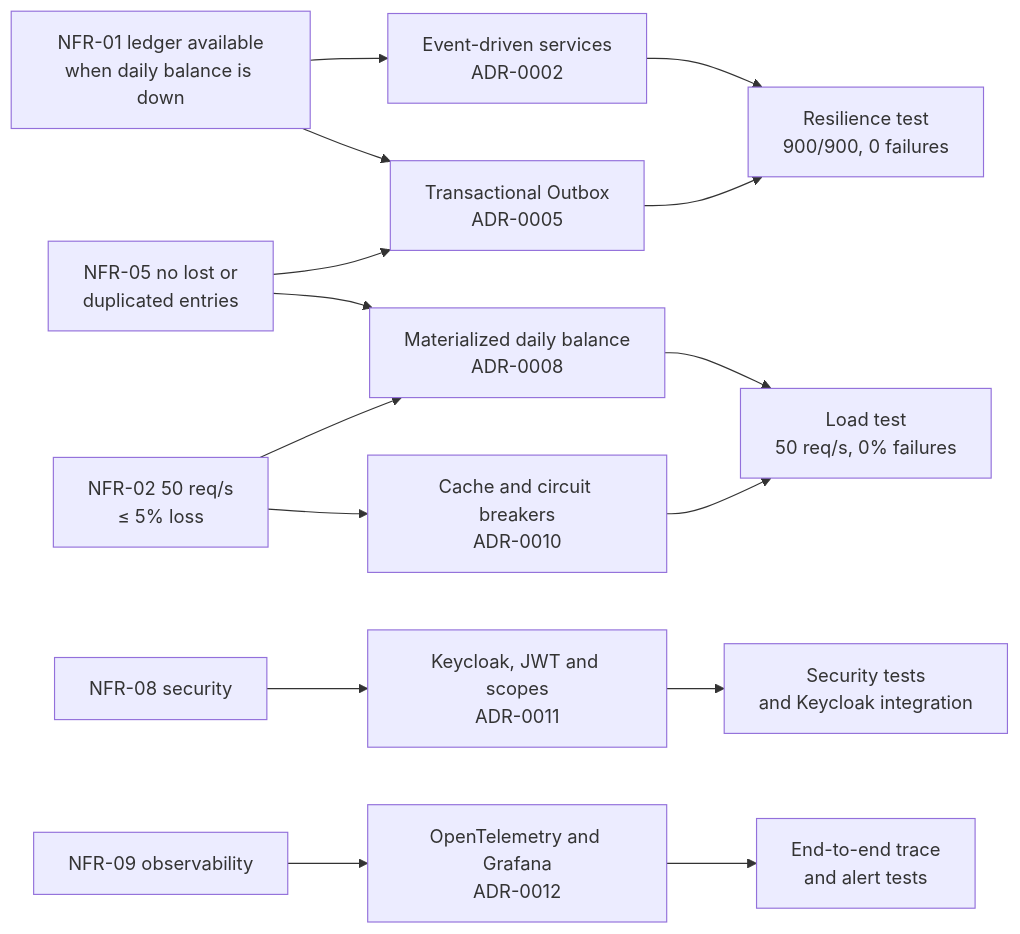
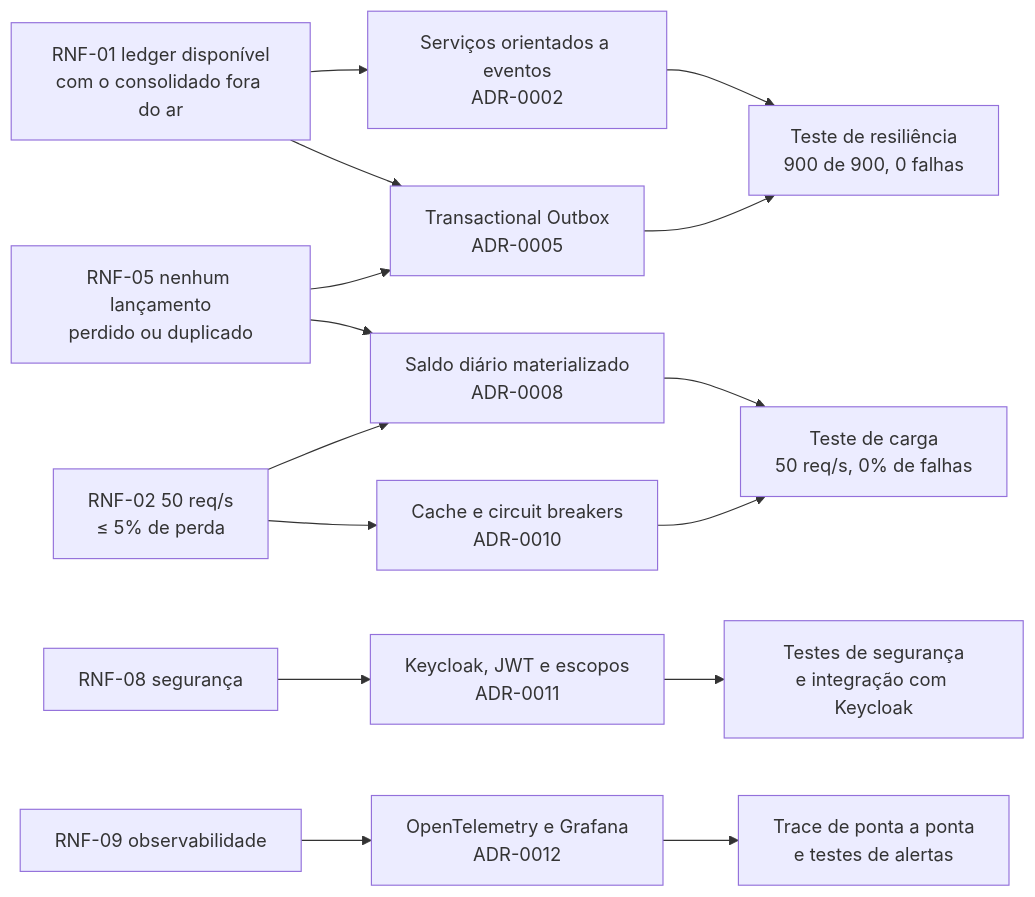
One commit to joaorizzont/cash-flow-test changed the diagram in docs/02-requirements.md. Above: the diagram before and after it, drawn with Mermaid. The commit also changed other lines of this file and 23 other files, not shown here.

First line of the commit message:
docs: translate architecture documentation to portuguese

````diff
--- a/docs/02-requirements.md
+++ b/docs/02-requirements.md
@@ -98,15 +98,15 @@
 ```mermaid
 flowchart LR
-  NFR01[NFR-01 ledger available<br/>when daily balance is down] --> D1[Event-driven services<br/>ADR-0002]
+  NFR01[RNF-01 ledger disponível<br/>com o consolidado fora do ar] --> D1[Serviços orientados a eventos<br/>ADR-0002]
   NFR01 --> D2[Transactional Outbox<br/>ADR-0005]
-  NFR02[NFR-02 50 req/s<br/>≤ 5% loss] --> D3[Materialized daily balance<br/>ADR-0008]
-  NFR02 --> D4[Cache and circuit breakers<br/>ADR-0010]
-  NFR05[NFR-05 no lost or<br/>duplicated entries] --> D2
+  NFR02[RNF-02 50 req/s<br/>≤ 5% de perda] --> D3[Saldo diário materializado<br/>ADR-0008]
+  NFR02 --> D4[Cache e circuit breakers<br/>ADR-0010]
+  NFR05[RNF-05 nenhum lançamento<br/>perdido ou duplicado] --> D2
   NFR05 --> D3
-  NFR08[NFR-08 security] --> D5[Keycloak, JWT and scopes<br/>ADR-0011]
-  NFR09[NFR-09 observability] --> D6[OpenTelemetry and Grafana<br/>ADR-0012]
-  D1 & D2 --> T1[Resilience test<br/>900/900, 0 failures]
-  D3 & D4 --> T2[Load test<br/>50 req/s, 0% failures]
-  D5 --> T3[Security tests<br/>and Keycloak integration]
-  D6 --> T4[End-to-end trace<br/>and alert tests]
+  NFR08[RNF-08 segurança] --> D5[Keycloak, JWT e escopos<br/>ADR-0011]
+  NFR09[RNF-09 observabilidade] --> D6[OpenTelemetry e Grafana<br/>ADR-0012]
+  D1 & D2 --> T1[Teste de resiliência<br/>900 de 900, 0 falhas]
+  D3 & D4 --> T2[Teste de carga<br/>50 req/s, 0% de falhas]
+  D5 --> T3[Testes de segurança<br/>e integração com Keycloak]
+  D6 --> T4[Trace de ponta a ponta<br/>e testes de alertas]
 ```
````
